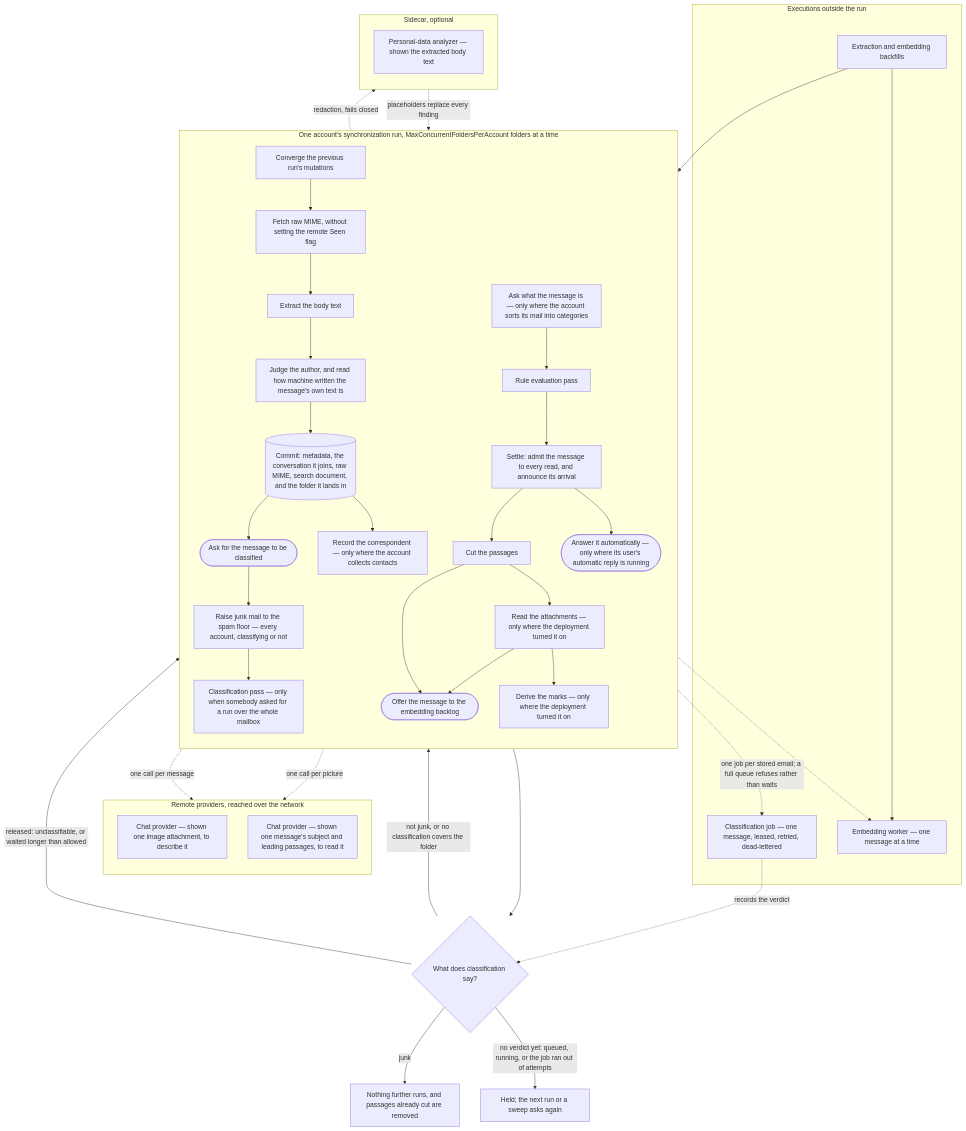
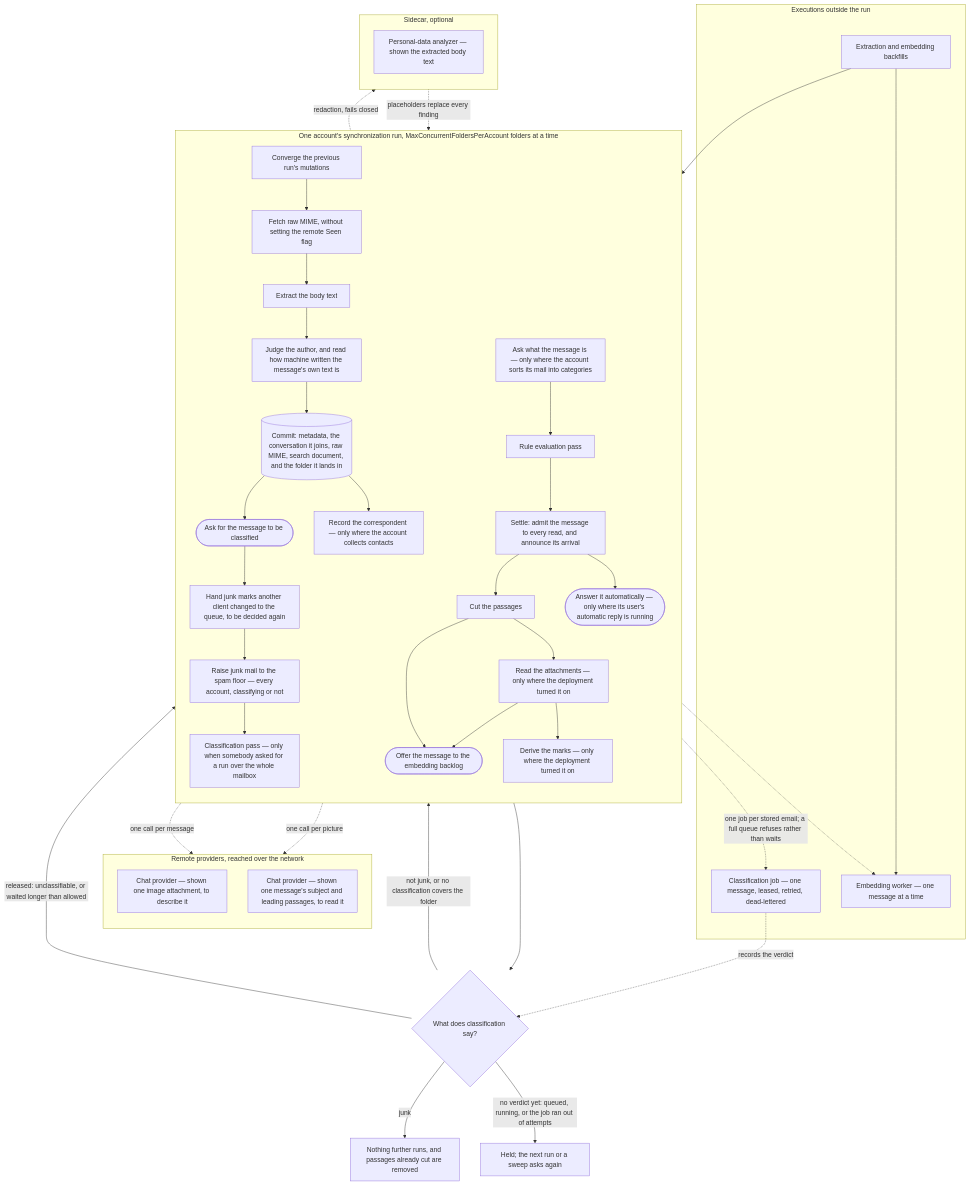
Before and after one commit to fathomise/MailFathom: the diagram in docs/architecture/arrival-pipeline.md, drawn with Mermaid. The commit also changed other lines of this file and 52 other files, not shown here.

First line of the commit message:
[#3146] Let a mirrored account's spam verdict follow the junk marks on its source, and keep a held account's to MailFathom alone (#3156)

````diff
--- a/docs/architecture/arrival-pipeline.md
+++ b/docs/architecture/arrival-pipeline.md
@@ -16,66 +16,67 @@
 ```mermaid
 flowchart TD
     subgraph run["One account's synchronization run, MaxConcurrentFoldersPerAccount folders at a time"]
         direction TB
         converge["Converge the previous run's mutations"]
         fetch["Fetch raw MIME, without setting the remote Seen flag"]
         extract["Extract the body text"]
         judge["Judge the author, and read how machine written the message's own text is"]
         commit[("Commit: metadata, the conversation it joins, raw MIME, search document, and the folder it lands in")]
         ask(["Ask for the message to be classified"])
         collect["Record the correspondent — only where the account collects contacts"]
+        follow["Hand junk marks another client changed to the queue, to be decided again"]
         floor["Raise junk mail to the spam floor — every account, classifying or not"]
         classify["Classification pass — only when somebody asked for a run over the whole mailbox"]
         categorize["Ask what the message is — only where the account sorts its mail into categories"]
         rules["Rule evaluation pass"]
         settle["Settle: admit the message to every read, and announce its arrival"]
         reply(["Answer it automatically — only where its user's automatic reply is running"])
         cut["Cut the passages"]
         read["Read the attachments — only where the deployment turned it on"]
         offer(["Offer the message to the embedding backlog"])
         enrich["Derive the marks — only where the deployment turned it on"]
     end
 
     subgraph sidecars["Sidecar, optional"]
         direction TB
         presidio["Personal-data analyzer — shown the extracted body text"]
     end
 
     subgraph remote["Remote providers, reached over the network"]
         direction TB
         vision["Chat provider — shown one image attachment, to describe it"]
         enricher["Chat provider — shown one message's subject and leading passages, to read it"]
     end
 
     subgraph elsewhere["Executions outside the run"]
         job["Classification job — one message, leased, retried, dead-lettered"]
         worker["Embedding worker — one message at a time"]
         sweeps["Extraction and embedding backfills"]
     end
 
     converge --> fetch --> extract --> judge
     judge -. "redaction, fails closed" .-> presidio
     presidio -. "placeholders replace every finding" .-> judge
     judge --> commit
     commit --> ask
     commit --> collect
     ask -. "one job per stored email; a full queue refuses rather than waits" .-> job
-    ask --> floor --> classify
+    ask --> follow --> floor --> classify
     job -. "records the verdict" .-> gate
     classify --> gate{"What does classification say?"}
     gate -- "junk" --> withheld["Nothing further runs, and passages already cut are removed"]
     gate -- "not junk, or no classification covers the folder" --> categorize
     gate -- "no verdict yet: queued, running, or the job ran out of attempts" --> held["Held; the next run or a sweep asks again"]
     gate -- "released: unclassifiable, or waited longer than allowed" --> categorize
     categorize --> rules --> settle --> cut
     settle --> reply
     cut --> offer
     cut --> read
     read --> offer
     read -. "one call per picture" .-> vision
     read --> enrich
     enrich -. "one call per message" .-> enricher
     offer -.-> worker
     sweeps --> cut
     sweeps --> worker
 ```
````
